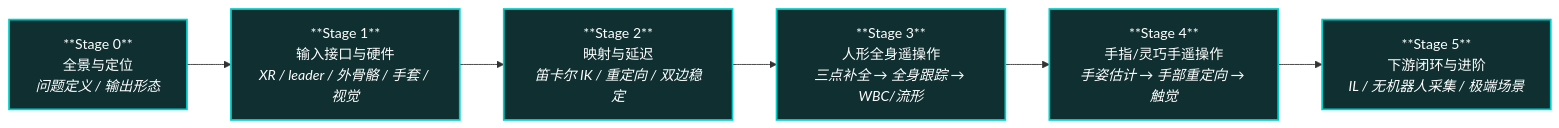
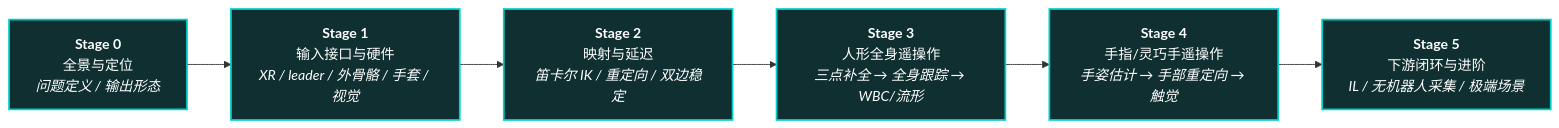
One commit to ImChong/Robotics_Notebooks changed the diagram in roadmap/depth-teleoperation.md. Above: the diagram before and after it, drawn with Mermaid. The commit also changed 27 other files, not shown here.

First line of the commit message:
fix(ux): 修复纵深路线一览 Mermaid 节点 ** 原样显示

````diff
--- a/roadmap/depth-teleoperation.md
+++ b/roadmap/depth-teleoperation.md
@@ -7,14 +7,14 @@
 ```mermaid
 flowchart LR
-  S0["**Stage 0**<br/>全景与定位<br/><em>问题定义 / 输出形态</em>"]
-  S1["**Stage 1**<br/>输入接口与硬件<br/><em>XR / leader / 外骨骼 / 手套 / 视觉</em>"]
-  S2["**Stage 2**<br/>映射与延迟<br/><em>笛卡尔 IK / 重定向 / 双边稳定</em>"]
-  S3["**Stage 3**<br/>人形全身遥操作<br/><em>三点补全 → 全身跟踪 → WBC/流形</em>"]
-  S4["**Stage 4**<br/>手指/灵巧手遥操作<br/><em>手姿估计 → 手部重定向 → 触觉</em>"]
-  S5["**Stage 5**<br/>下游闭环与进阶<br/><em>IL / 无机器人采集 / 极端场景</em>"]
+  S0["<b>Stage 0</b><br/>全景与定位<br/><em>问题定义 / 输出形态</em>"]
+  S1["<b>Stage 1</b><br/>输入接口与硬件<br/><em>XR / leader / 外骨骼 / 手套 / 视觉</em>"]
+  S2["<b>Stage 2</b><br/>映射与延迟<br/><em>笛卡尔 IK / 重定向 / 双边稳定</em>"]
+  S3["<b>Stage 3</b><br/>人形全身遥操作<br/><em>三点补全 → 全身跟踪 → WBC/流形</em>"]
+  S4["<b>Stage 4</b><br/>手指/灵巧手遥操作<br/><em>手姿估计 → 手部重定向 → 触觉</em>"]
+  S5["<b>Stage 5</b><br/>下游闭环与进阶<br/><em>IL / 无机器人采集 / 极端场景</em>"]
 
   S0 --> S1 --> S2 --> S3 --> S4 --> S5
 
   classDef stage fill:#0f2f30,stroke:#00cec9,stroke-width:2px,color:#fff
   class S0,S1,S2,S3,S4,S5 stage
 ```
````
